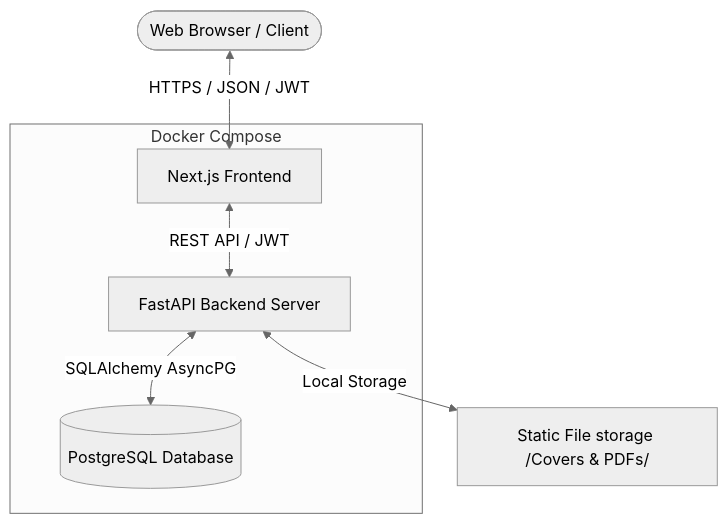
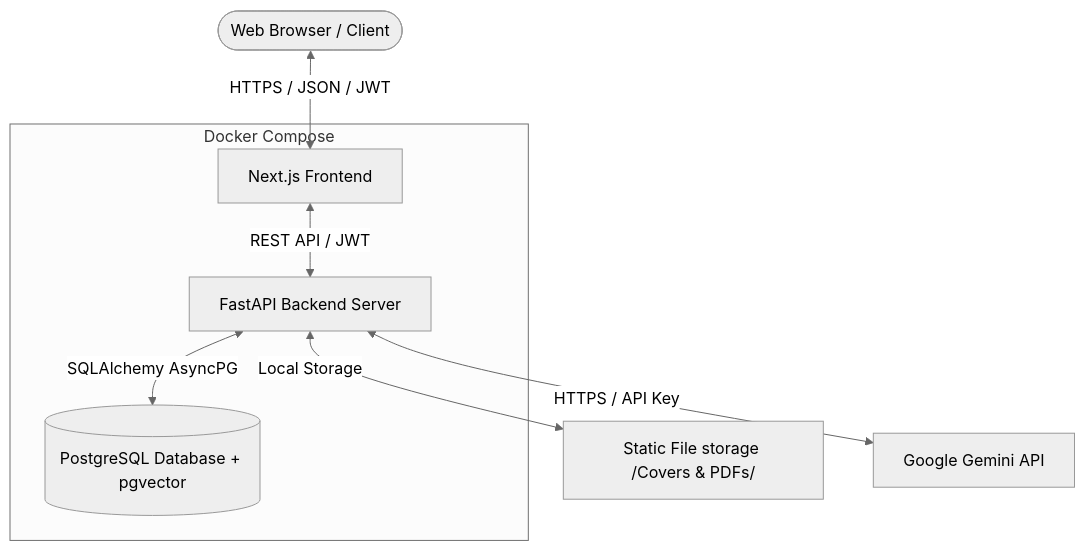
Before and after one commit to Phoomss/UniResearch: the diagram in README.md, drawn with Mermaid (neutral theme). The commit also changed other lines of this file and 3 other files, not shown here.

First line of the commit message:
Enhance documentation and database schema for AI integration in UniResearch

````diff
--- a/README.md
+++ b/README.md
@@ -13,13 +13,14 @@
 ```mermaid
 graph TD
     User([Web Browser / Client]) <-->|HTTPS / JSON / JWT| Frontend[Next.js Frontend]
     Frontend <-->|REST API / JWT| Backend[FastAPI Backend Server]
-    Backend <-->|SQLAlchemy AsyncPG| DB[(PostgreSQL Database)]
+    Backend <-->|SQLAlchemy AsyncPG| DB[(PostgreSQL Database + pgvector)]
     Backend <-->|Local Storage| Disk[Static File storage /Covers & PDFs/]
+    Backend <-->|HTTPS / API Key| Gemini[Google Gemini API]
 
     subgraph Docker Compose
         Frontend
         Backend
         DB
     end
 ```
````
